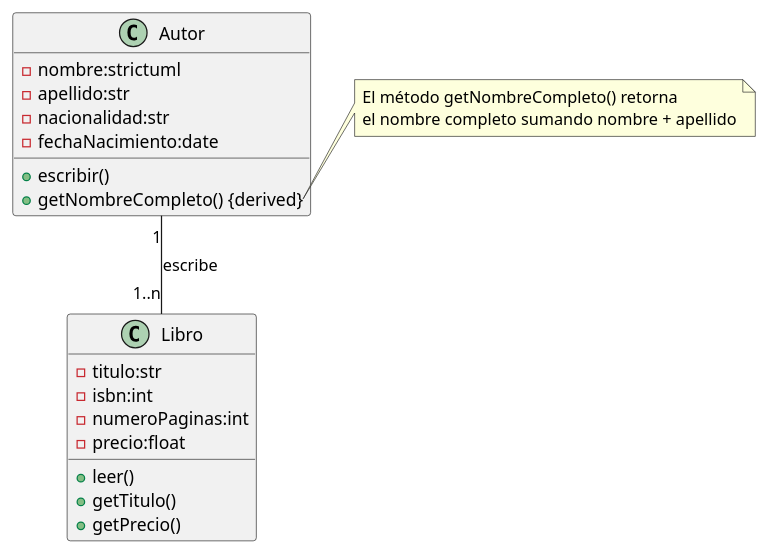
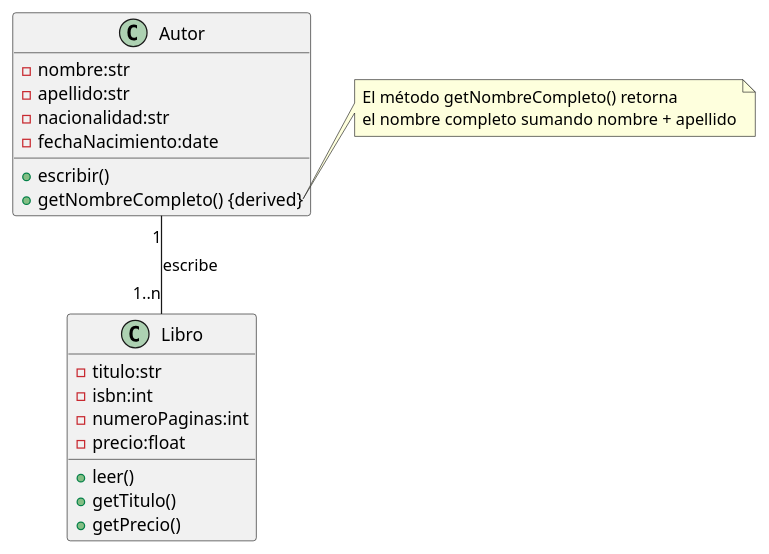
One commit to IES-Rafael-Alberti/2526-u3-3-1-diagramaclases-Maiio268 changed the diagram in src/Ej1_DiagramaClases_LibrosAutor_sol.md. Above: the diagram before and after it, drawn with PlantUML. The commit also changed other lines of this file and 5 other files, not shown here.

````diff
--- a/src/Ej1_DiagramaClases_LibrosAutor_sol.md
+++ b/src/Ej1_DiagramaClases_LibrosAutor_sol.md
@@ -32,31 +32,31 @@
 ```plantuml
 @startuml ej_1
 
 class Autor {
-    - nombre:strictuml
+    - nombre:str
     - apellido:str
     - nacionalidad:str
     - fechaNacimiento:date
 
     + escribir()
     + getNombreCompleto() {derived}
 }
 class Libro {
     - titulo:str
     - isbn:int
     - numeroPaginas:int
     - precio:float
 
     + leer()
     + getTitulo()
     + getPrecio()
 }
 Autor "1" -- "1..n" Libro : escribe
 
 note right of Autor::getNombreCompleto()
     El método getNombreCompleto() retorna
     el nombre completo sumando nombre + apellido
 end note
 
 @enduml
 ```
````
